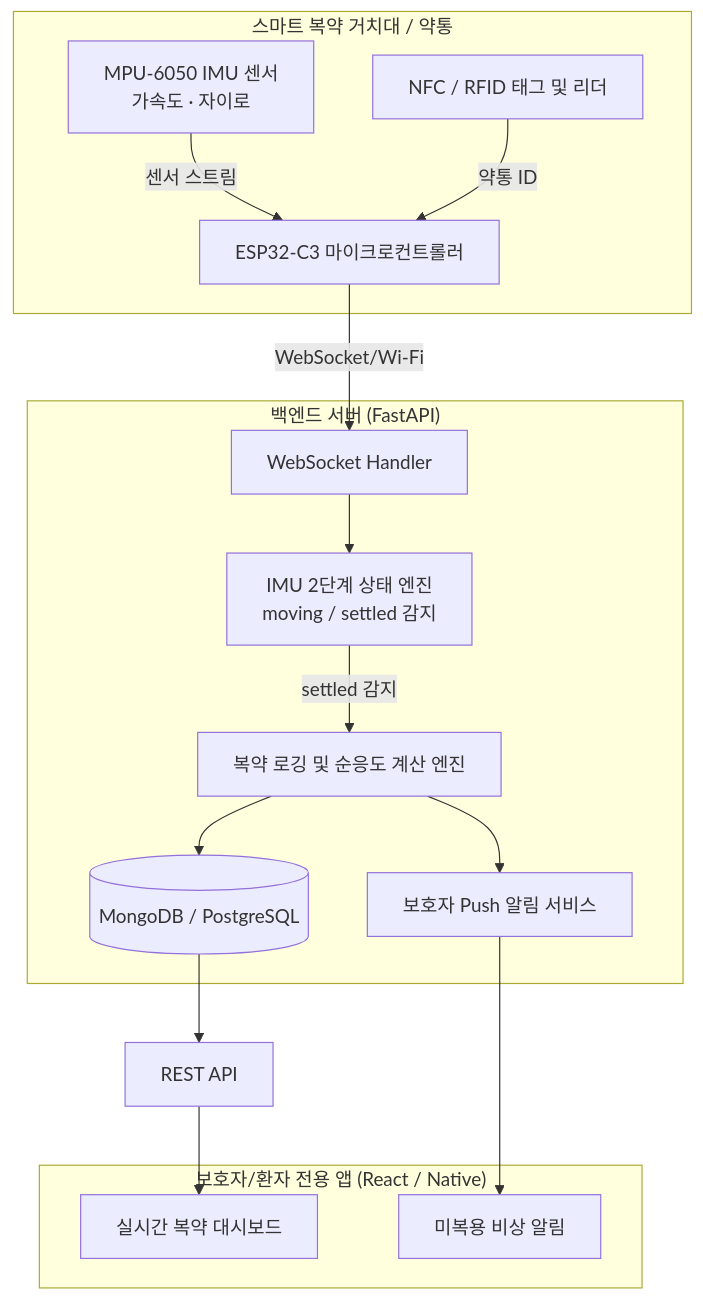
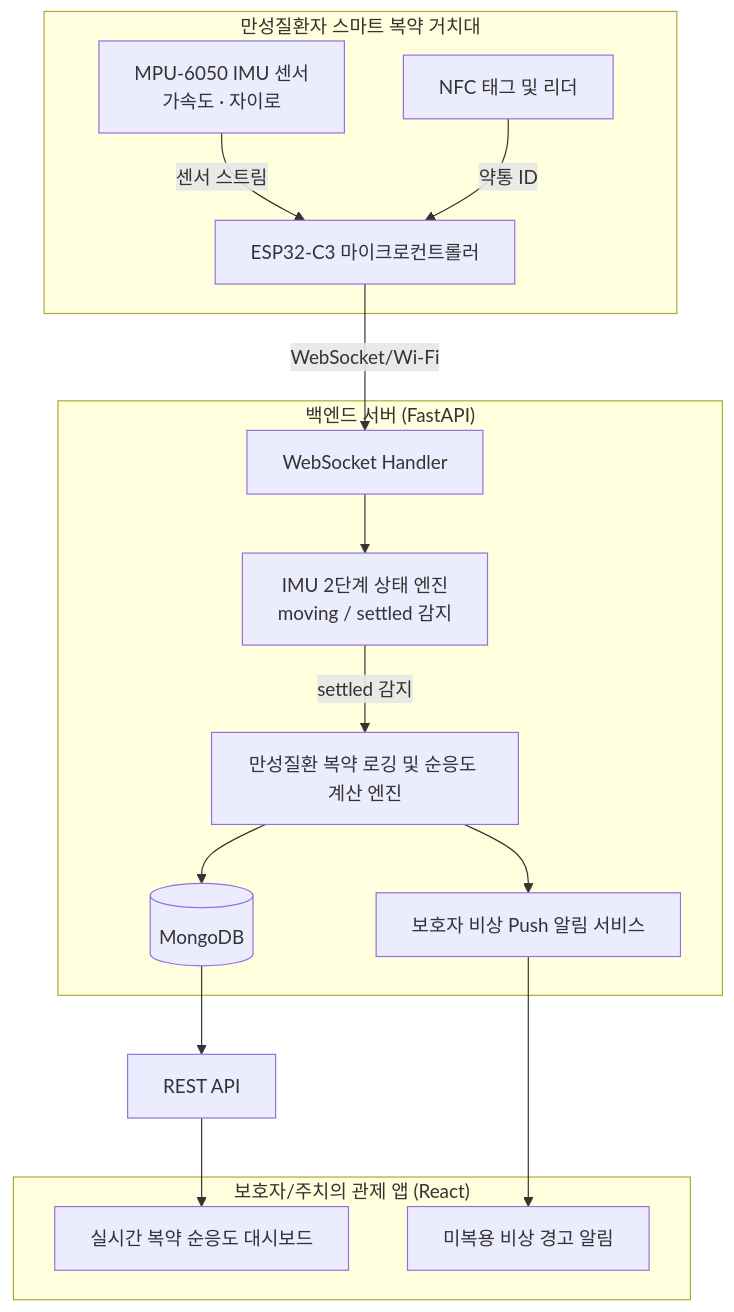
One commit to esomin/hands-free-gym-tracker changed the diagram in IDEA.md. Above: the diagram before and after it, drawn with Mermaid. The commit also changed other lines of this file, not shown here.

````diff
--- a/IDEA.md
+++ b/IDEA.md
@@ -31,31 +30,31 @@
 ```mermaid
 graph TB
-    subgraph SmartDock["스마트 복약 거치대 / 약통"]
+    subgraph SmartDock["만성질환자 스마트 복약 거치대"]
         IMU[MPU-6050 IMU 센서<br/>가속도 · 자이로]
-        NFC[NFC / RFID 태그 및 리더]
+        NFC[NFC 태그 및 리더]
         MCU[ESP32-C3 마이크로컨트롤러]
     end
 
     subgraph Backend["백엔드 서버 (FastAPI)"]
         WS[WebSocket Handler]
         PIPE[IMU 2단계 상태 엔진<br/>moving / settled 감지]
-        LOGGER[복약 로깅 및 순응도 계산 엔진]
-        NOTIF[보호자 Push 알림 서비스]
-        DB[(MongoDB / PostgreSQL)]
+        LOGGER[만성질환 복약 로깅 및 순응도 계산 엔진]
+        NOTIF[보호자 비상 Push 알림 서비스]
+        DB[(MongoDB)]
     end
 
-    subgraph Frontend["보호자/환자 전용 앱 (React / Native)"]
-        UI_DASH[실시간 복약 대시보드]
-        UI_ALERT[미복용 비상 알림]
+    subgraph Frontend["보호자/주치의 관제 앱 (React)"]
+        UI_DASH[실시간 복약 순응도 대시보드]
+        UI_ALERT[미복용 비상 경고 알림]
     end
 
     IMU -->|센서 스트림| MCU
     NFC -->|약통 ID| MCU
     MCU -->|WebSocket/Wi-Fi| WS
     WS --> PIPE
     PIPE -->|settled 감지| LOGGER
     LOGGER --> DB
     LOGGER --> NOTIF
     NOTIF --> UI_ALERT
     DB --> REST[REST API] --> UI_DASH
 ```
````
